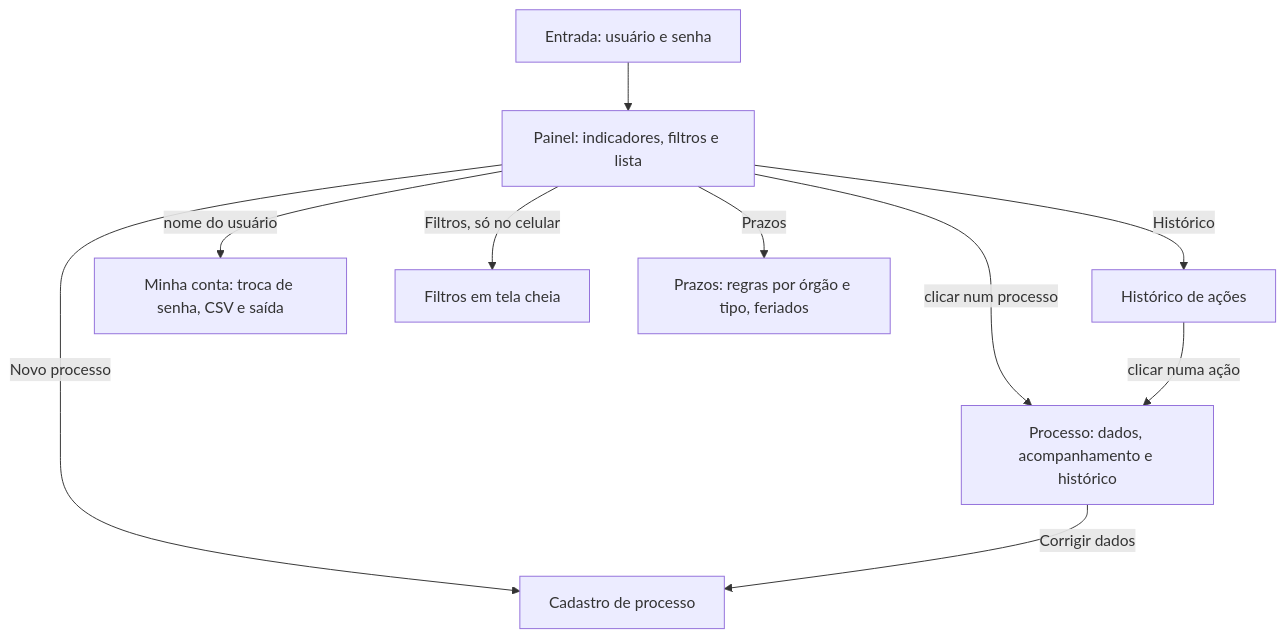
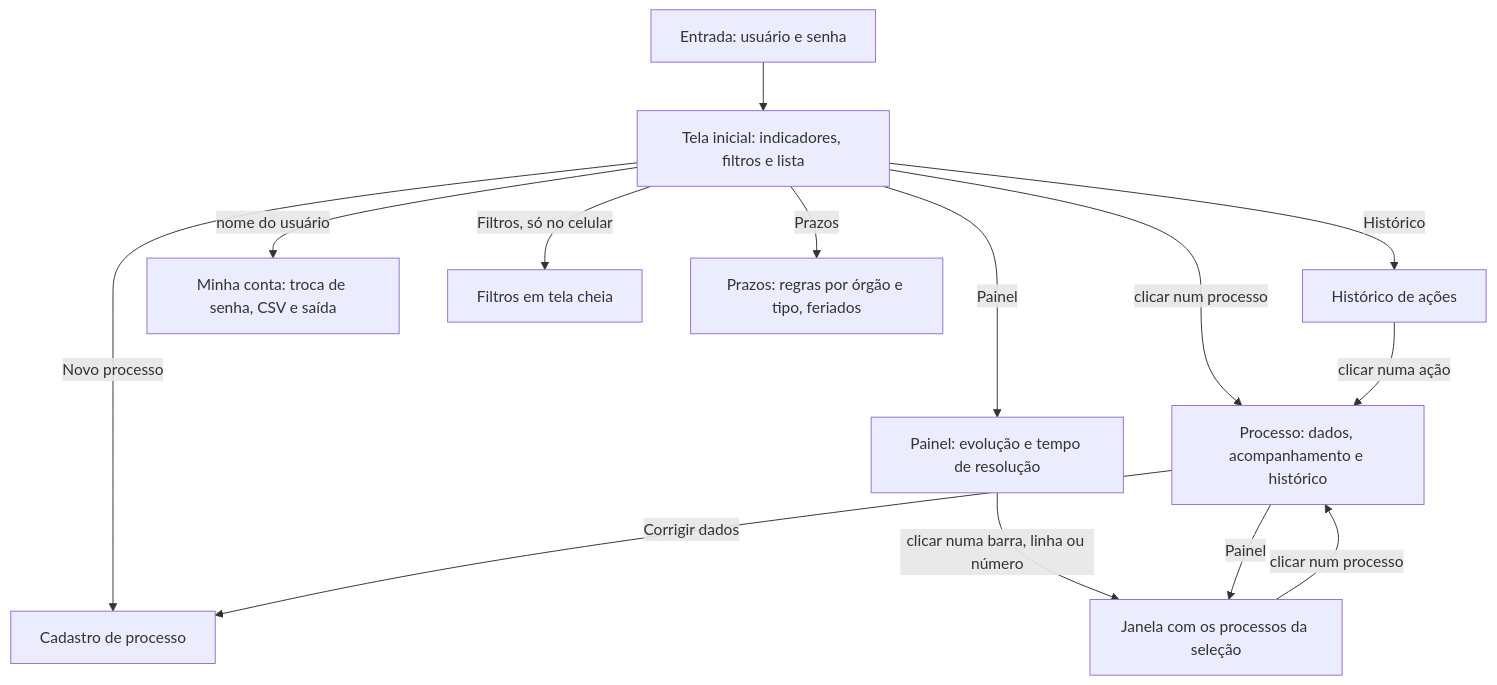
One commit to cnfpresiddata/ControleProcessosGabinete changed the diagram in docs/04-Projeto de Interface.md. Above: the diagram before and after it, drawn with Mermaid. The commit also changed other lines of this file and 14 other files, not shown here.

First line of the commit message:
Prazo individual por processo, data de conclusão com botão Concluir e Painel

````diff
--- a/docs/04-Projeto de Interface.md
+++ b/docs/04-Projeto de Interface.md
@@ -17,12 +18,16 @@
 ```mermaid
 flowchart TD
-  L[Entrada: usuário e senha] --> P[Painel: indicadores, filtros e lista]
+  L[Entrada: usuário e senha] --> P[Tela inicial: indicadores, filtros e lista]
   P -->|clicar num processo| D[Processo: dados, acompanhamento e histórico]
   P -->|Novo processo| N[Cadastro de processo]
   D -->|Corrigir dados| N
   P -->|Histórico| H[Histórico de ações]
   H -->|clicar numa ação| D
   P -->|nome do usuário| C[Minha conta: troca de senha, CSV e saída]
   P -->|Filtros, só no celular| F[Filtros em tela cheia]
   P -->|Prazos| Z[Prazos: regras por órgão e tipo, feriados]
+  P -->|Painel| A[Painel: evolução e tempo de resolução]
+  A -->|clicar numa barra, linha ou número| M[Janela com os processos da seleção]
+  M -->|clicar num processo| D
+  D -->|Painel| M
 ```
````
